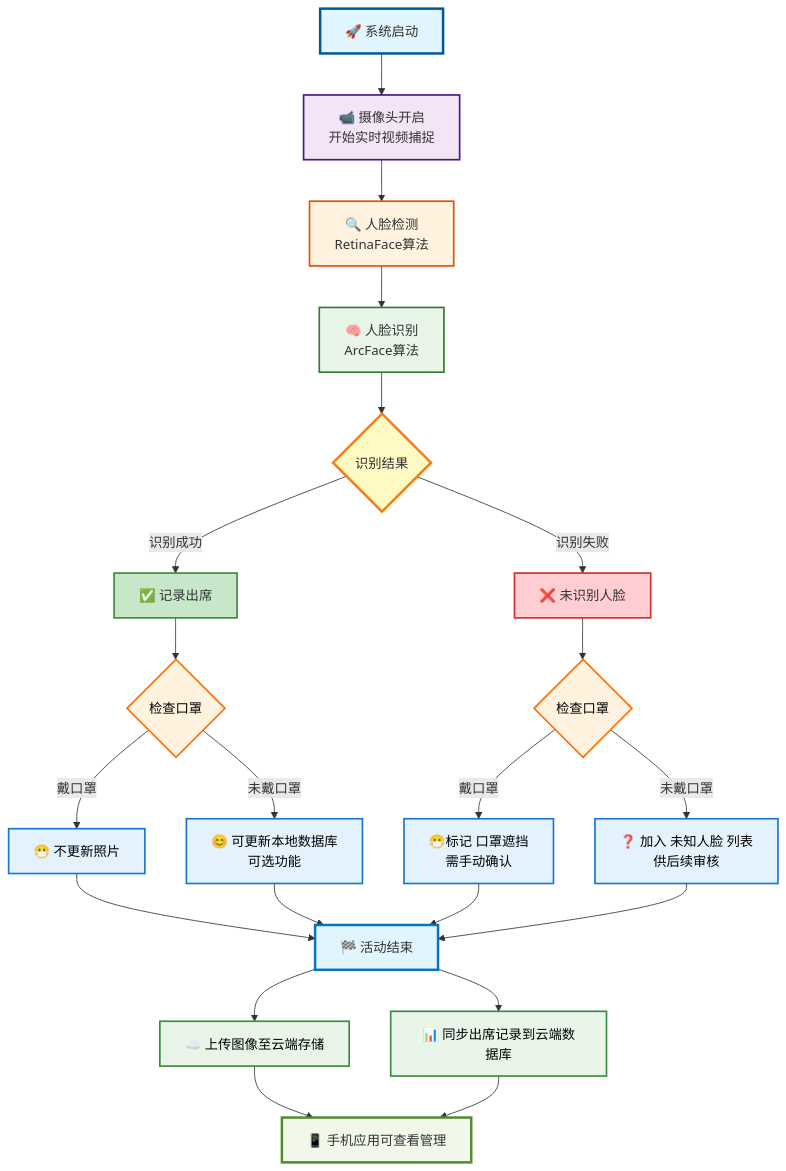
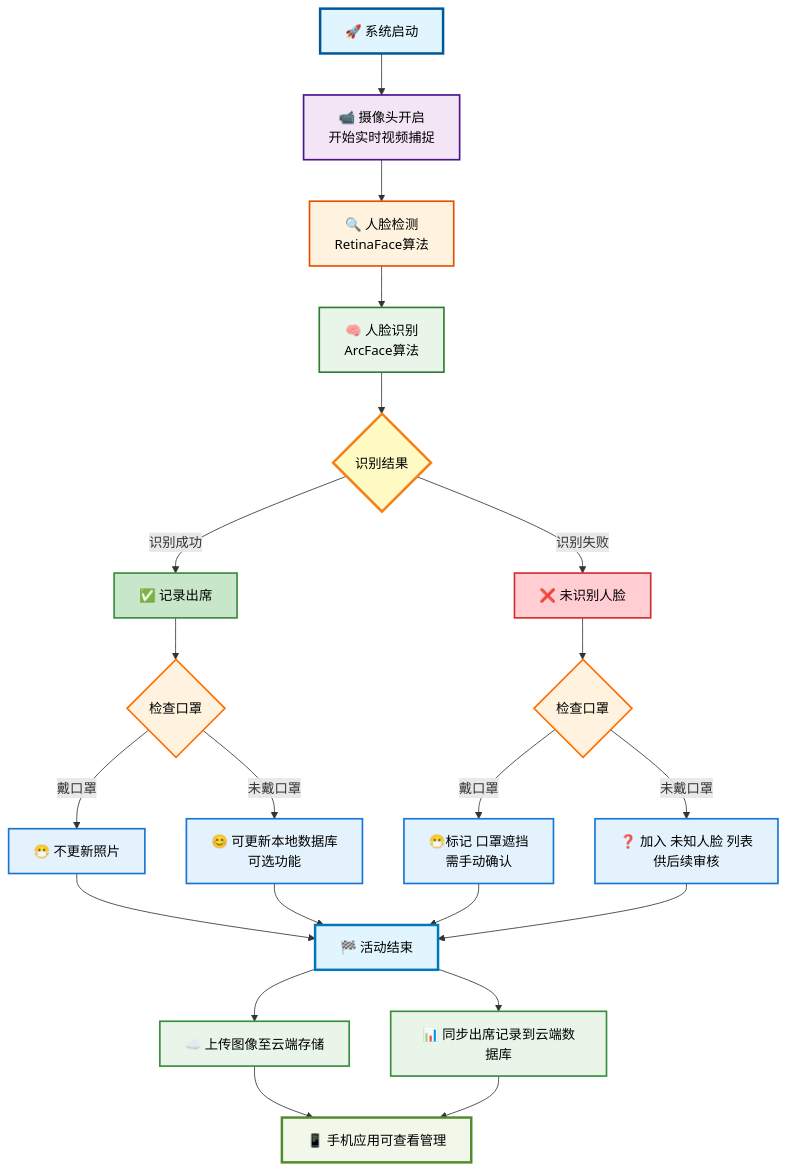
The diagram in face_recognition_attendance_proposal_cn.md (Clement013/face-recognition-attendance-system-proposal), drawn with Mermaid before and after one commit.

````diff
--- a/face_recognition_attendance_proposal_cn.md
+++ b/face_recognition_attendance_proposal_cn.md
@@ -35,48 +35,48 @@
 ```mermaid
 flowchart TD
     A[🚀 系统启动] --> B[📹 摄像头开启<br/>开始实时视频捕捉]
     B --> C[🔍 人脸检测<br/>RetinaFace算法]
     C --> D[🧠 人脸识别<br/>ArcFace算法]
     
     D --> E{识别结果}
     
     E -->|识别成功| F[✅ 记录出席]
     E -->|识别失败| G[❌ 未识别人脸]
     F --> H{检查口罩}
     H -->|戴口罩| I[😷 不更新照片]
     H -->|未戴口罩| J[😊 可更新本地数据库<br/>可选功能]
     
     G --> K{检查口罩}
     K -->|戴口罩| L[😷标记 口罩遮挡<br/>需手动确认]
     K -->|未戴口罩| M[❓ 加入 未知人脸 列表<br/>供后续审核]
 
     I --> N[🏁 活动结束]
     J --> N
     L --> N
     M --> N
 
         N --> O[☁️ 上传图像至云端存储]
     N --> P[📊 同步出席记录到云端数据库]
     
     O --> Q[📱 手机应用可查看管理]
     P --> Q
 
-    style A fill:#e1f5fe,stroke:#01579b,stroke-width:3px
-    style B fill:#f3e5f5,stroke:#4a148c,stroke-width:2px
-    style C fill:#fff3e0,stroke:#e65100,stroke-width:2px
-    style D fill:#e8f5e8,stroke:#2e7d32,stroke-width:2px
-    style E fill:#fff9c4,stroke:#f57f17,stroke-width:3px
-    style F fill:#c8e6c9,stroke:#388e3c,stroke-width:2px
-    style G fill:#ffcdd2,stroke:#d32f2f,stroke-width:2px
-    style N fill:#e1f5fe,stroke:#0277bd,stroke-width:3px
-    style Q fill:#f1f8e9,stroke:#558b2f,stroke-width:3px
+    style A fill:#e1f5fe,stroke:#01579b,stroke-width:3px,color:#000
+    style B fill:#f3e5f5,stroke:#4a148c,stroke-width:2px,color:#000
+    style C fill:#fff3e0,stroke:#e65100,stroke-width:2px,color:#000
+    style D fill:#e8f5e8,stroke:#2e7d32,stroke-width:2px,color:#000
+    style E fill:#fff9c4,stroke:#f57f17,stroke-width:3px,color:#000
+    style F fill:#c8e6c9,stroke:#388e3c,stroke-width:2px,color:#000
+    style G fill:#ffcdd2,stroke:#d32f2f,stroke-width:2px,color:#000
+    style N fill:#e1f5fe,stroke:#0277bd,stroke-width:3px,color:#000
+    style Q fill:#f1f8e9,stroke:#558b2f,stroke-width:3px,color:#000
     
     classDef decision fill:#fff3e0,stroke:#ff6f00,stroke-width:2px,color:#000
     classDef process fill:#e3f2fd,stroke:#1976d2,stroke-width:2px,color:#000
     classDef endpoint fill:#e8f5e8,stroke:#388e3c,stroke-width:2px,color:#000
     
     class H,K decision
     class I,J,L,M process
     class O,P endpoint
 
 ```
````
